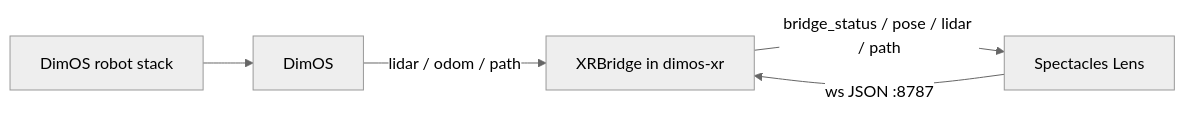
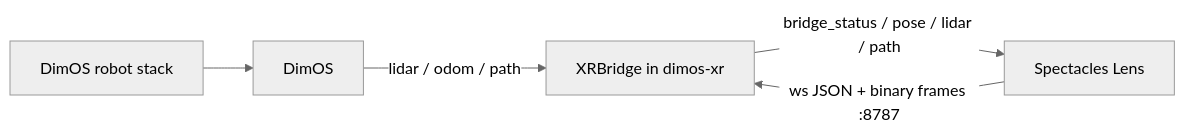
The first of 3 diagrams in README.md (V4C38/spectacles-dimensional-os), drawn with Mermaid (neutral theme) before and after one commit. The commit also changed other lines of this file and 61 other files, not shown here.

````diff
--- a/README.md
+++ b/README.md
@@ -21,7 +21,7 @@
 ```mermaid
 flowchart LR
   RobotStack[DimOS robot stack] --> DimOS[DimOS]
   DimOS -->|"lidar / odom / path"| XRBridge[XRBridge in dimos-xr]
-  Spectacles[Spectacles Lens] -->|"ws JSON :8787"| XRBridge
+  Spectacles[Spectacles Lens] -->|"ws JSON + binary frames :8787"| XRBridge
   XRBridge -->|"bridge_status / pose / lidar / path"| Spectacles
 ```
````
